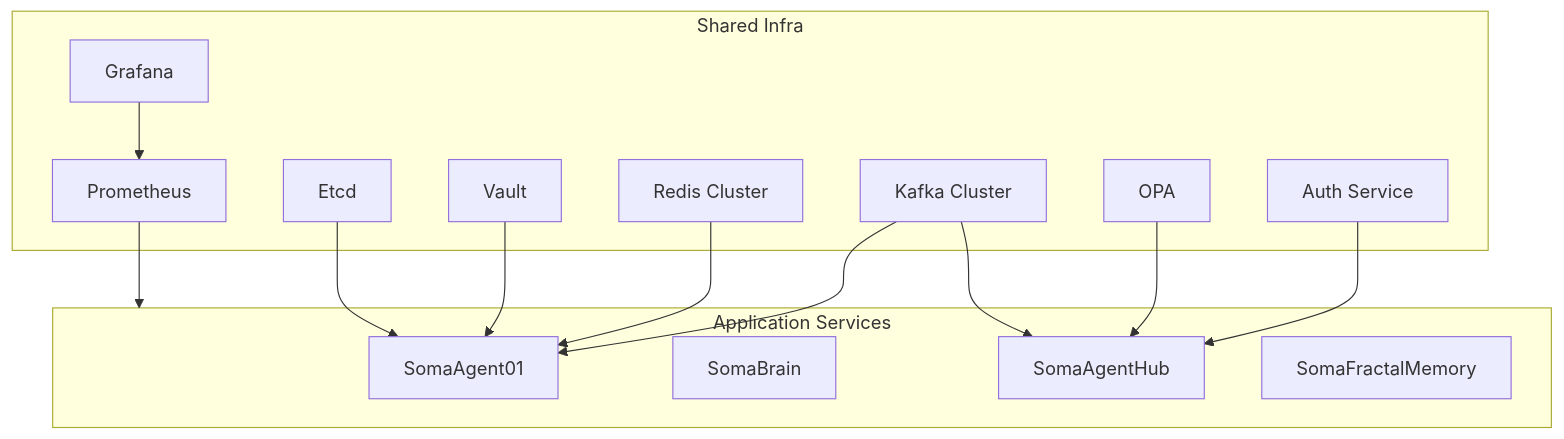
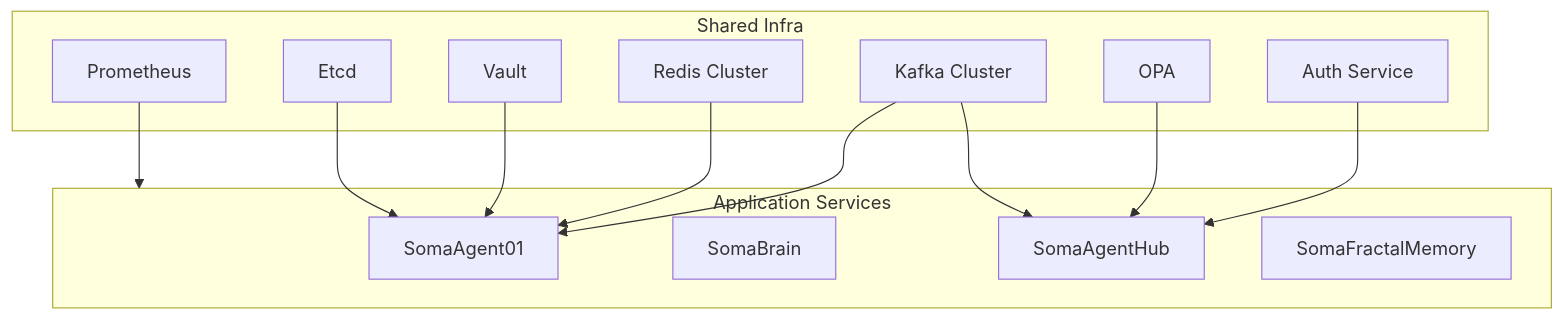
One commit to somatechlat/somaagent01 changed the diagram in docs/technical-manual/architecture.md. Above: the diagram before and after it, drawn with Mermaid. The commit also changed other lines of this file and 69 other files, not shown here.

First line of the commit message:
docs: Update roadmap, implementation plan, and documentation

````diff
--- a/docs/technical-manual/architecture.md
+++ b/docs/technical-manual/architecture.md
@@ -137,30 +137,28 @@
 ```mermaid
 flowchart TB
   subgraph Infra[Shared Infra]
     Auth[Auth Service]
     OPA[OPA]
     Kafka[Kafka Cluster]
     Redis[Redis Cluster]
     Vault[Vault]
     Etcd[Etcd]
     Prom[Prometheus]
-    Graf[Grafana]
   end
 
   subgraph Apps[Application Services]
     SA01[SomaAgent01]
     SB[SomaBrain]
     SAH[SomaAgentHub]
     SMF[SomaFractalMemory]
   end
 
   Auth --> SAH
   OPA --> SAH
   Kafka --> SA01
   Kafka --> SAH
   Redis --> SA01
   Vault --> SA01
   Etcd --> SA01
   Prom --> Apps
-  Graf --> Prom
 ```
````
